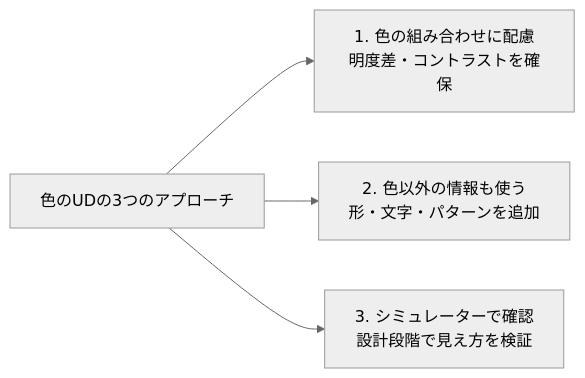
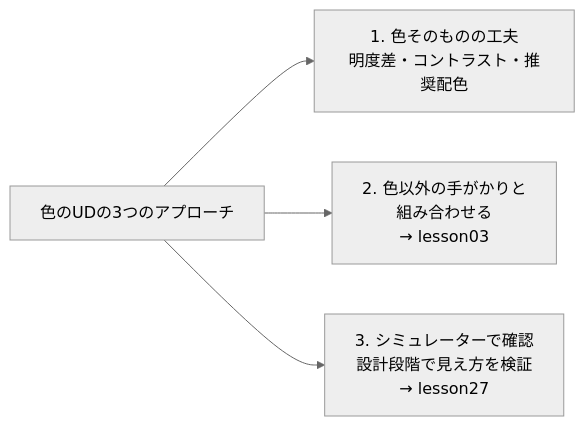
The second of 2 diagrams in docs/lessons/lesson02/index.md (ozaki25/color-coordination-training-ozaki25), drawn with Mermaid (neutral theme) before and after one commit. The commit also changed other lines of this file and 1 other file, not shown here.

First line of the commit message:
refactor(chapter1): lesson02/03の役割分担を明確化しドリル拡充

````diff
--- a/docs/lessons/lesson02/index.md
+++ b/docs/lessons/lesson02/index.md
@@ -115,7 +115,7 @@
 ```mermaid
 graph LR
     A[色のUDの3つのアプローチ]
-    A --> B[1. 色の組み合わせに配慮\n明度差・コントラストを確保]
-    A --> C[2. 色以外の情報も使う\n形・文字・パターンを追加]
-    A --> D[3. シミュレーターで確認\n設計段階で見え方を検証]
+    A --> B[1. 色そのものの工夫\n明度差・コントラスト・推奨配色]
+    A --> C[2. 色以外の手がかりと\n組み合わせる\n→ lesson03]
+    A --> D[3. シミュレーターで確認\n設計段階で見え方を検証\n→ lesson27]
 ```
````
